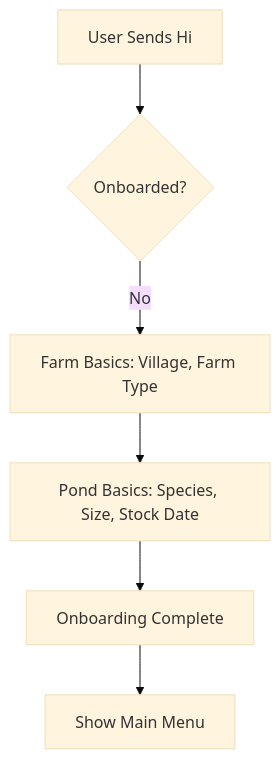
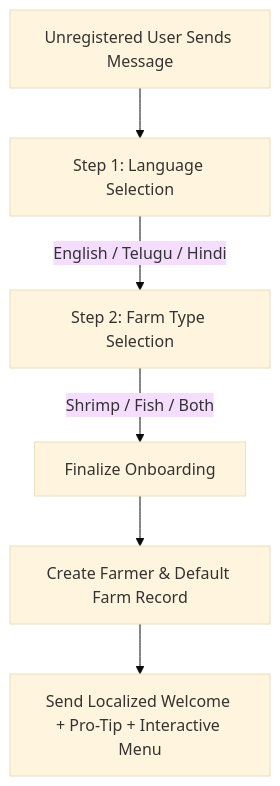
The first of 4 diagrams in FLOW_MAP.md (satyanarayanacheeday/aquabot), drawn with Mermaid (base theme) before and after one commit. The commit also changed other lines of this file and 5 other files, not shown here.

````diff
--- a/FLOW_MAP.md
+++ b/FLOW_MAP.md
@@ -10,8 +10,8 @@
 ```mermaid
 graph TD
-    A[User Sends Hi] --> B{Onboarded?}
-    B -- No --> C[Farm Basics: Village, Farm Type]
-    C --> D[Pond Basics: Species, Size, Stock Date]
-    D --> E[Onboarding Complete]
-    E --> F[Show Main Menu]
+    A[Unregistered User Sends Message] --> B[Step 1: Language Selection]
+    B -->|English / Telugu / Hindi| C[Step 2: Farm Type Selection]
+    C -->|Shrimp / Fish / Both| D[Finalize Onboarding]
+    D --> E[Create Farmer & Default Farm Record]
+    E --> F[Send Localized Welcome + Pro-Tip + Interactive Menu]
 ```
````
